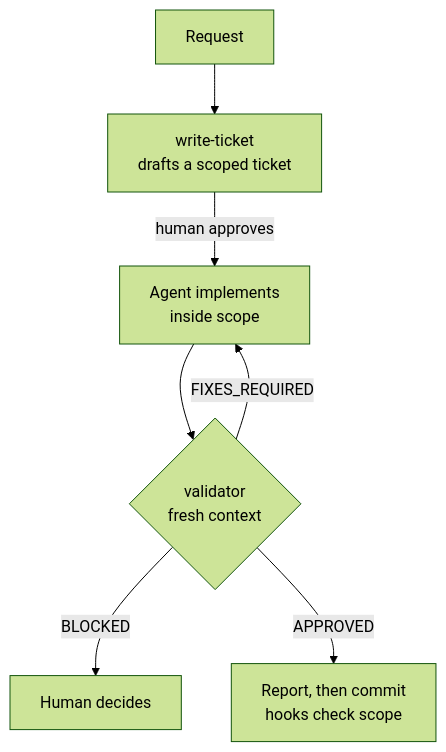
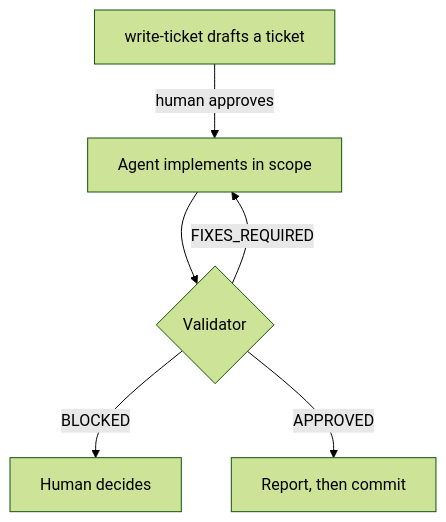
One commit to TristanL567/aegis-core changed the diagram in README.md. Above: the diagram before and after it, drawn with Mermaid (forest theme).

Commit message:
Compact the README diagram
Top-down with two-line labels rendered about 830px tall at desktop width.
Use one-line labels and drop the separate request node; the numbered steps
below the diagram carry the detail.

````diff
--- a/README.md
+++ b/README.md
@@ -18,9 +18,8 @@
 ```mermaid
 flowchart TD
-    A[Request] --> B["write-ticket<br/>drafts a scoped ticket"]
-    B -->|human approves| C["Agent implements<br/>inside scope"]
-    C --> D{"validator<br/>fresh context"}
-    D -->|FIXES_REQUIRED| C
-    D -->|BLOCKED| E[Human decides]
-    D -->|APPROVED| F["Report, then commit<br/>hooks check scope"]
+    A[write-ticket drafts a ticket] -->|human approves| B[Agent implements in scope]
+    B --> C{Validator}
+    C -->|FIXES_REQUIRED| B
+    C -->|BLOCKED| D[Human decides]
+    C -->|APPROVED| E[Report, then commit]
 ```
````
